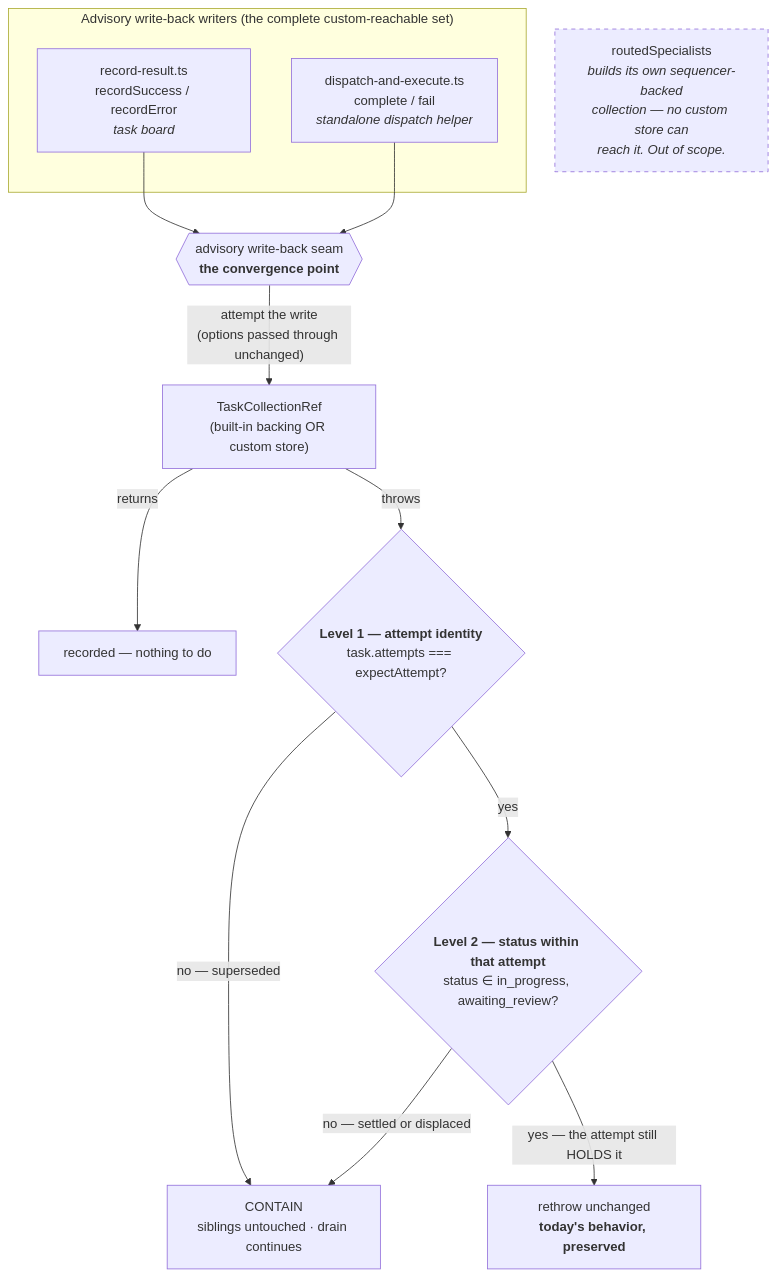
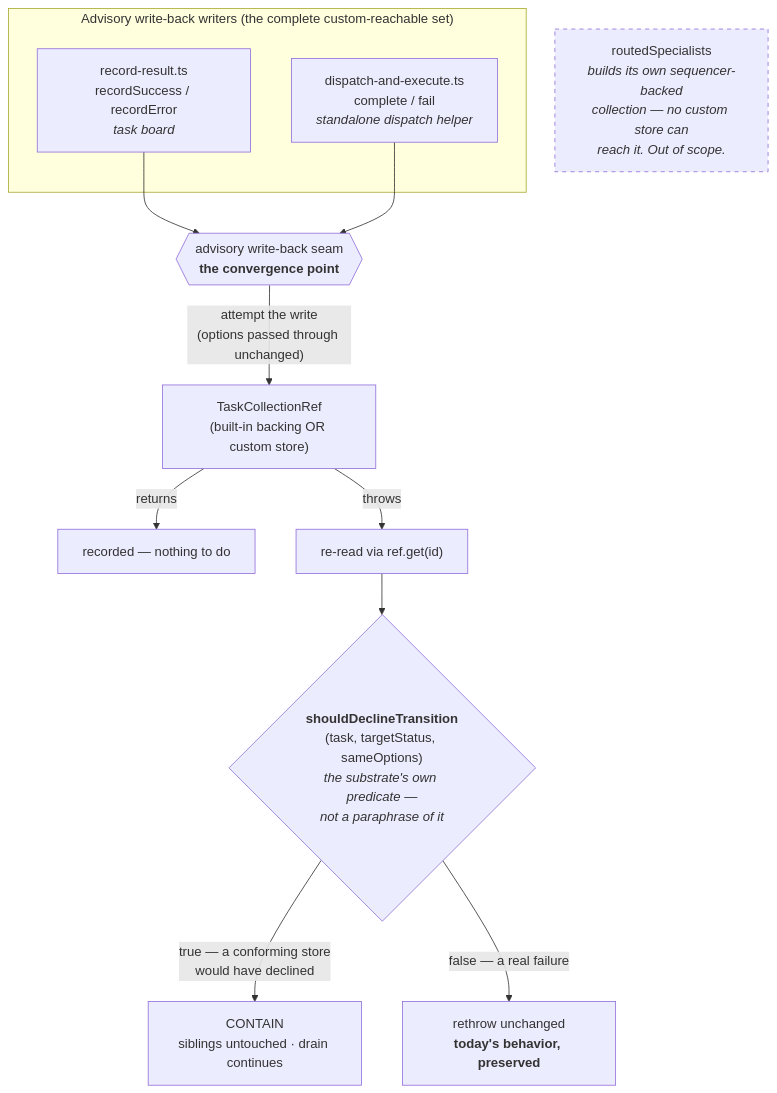
One commit to fixpoint-labs/flow-state-dev changed the diagram in docs/specs/FIX-964.md. Above: the diagram before and after it, drawn with Mermaid. The commit also changed other lines of this file, not shown here.

First line of the commit message:
spec(FIX-964): reconcile Decisions 2/4/6 and the diagram with the folded mechanism

````diff
--- a/docs/specs/FIX-964.md
+++ b/docs/specs/FIX-964.md
@@ -156,22 +158,21 @@
 ```mermaid
 flowchart TD
   subgraph writers["Advisory write-back writers (the complete custom-reachable set)"]
     RS["record-result.ts<br/>recordSuccess / recordError<br/><i>task board</i>"]
     DE["dispatch-and-execute.ts<br/>complete / fail<br/><i>standalone dispatch helper</i>"]
   end
 
   SEAM{{"advisory write-back seam<br/><b>the convergence point</b>"}}
   RS --> SEAM
   DE --> SEAM
 
   SEAM -->|"attempt the write<br/>(options passed through unchanged)"| REF["TaskCollectionRef<br/>(built-in backing OR custom store)"]
   REF -->|returns| OK["recorded — nothing to do"]
-  REF -->|throws| L1{"<b>Level 1 — attempt identity</b><br/>task.attempts === expectAttempt?"}
-  L1 -->|"no — superseded"| CONTAIN
-  L1 -->|yes| L2{"<b>Level 2 — status within that attempt</b><br/>status ∈ in_progress, awaiting_review?"}
-  L2 -->|"yes — the attempt still HOLDS it"| RETHROW["rethrow unchanged<br/><b>today's behavior, preserved</b>"]
-  L2 -->|"no — settled or displaced"| CONTAIN["CONTAIN<br/>siblings untouched · drain continues"]
+  REF -->|throws| RR["re-read via ref.get(id)"]
+  RR --> ASK{"<b>shouldDeclineTransition</b><br/>(task, targetStatus, sameOptions)<br/><i>the substrate's own predicate —<br/>not a paraphrase of it</i>"}
+  ASK -->|"true — a conforming store<br/>would have declined"| CONTAIN["CONTAIN<br/>siblings untouched · drain continues"]
+  ASK -->|"false — a real failure"| RETHROW["rethrow unchanged<br/><b>today's behavior, preserved</b>"]
 
   EXCL["routedSpecialists<br/><i>builds its own sequencer-backed<br/>collection — no custom store can<br/>reach it. Out of scope.</i>"]
   style EXCL stroke-dasharray: 5 5
 ```
````
